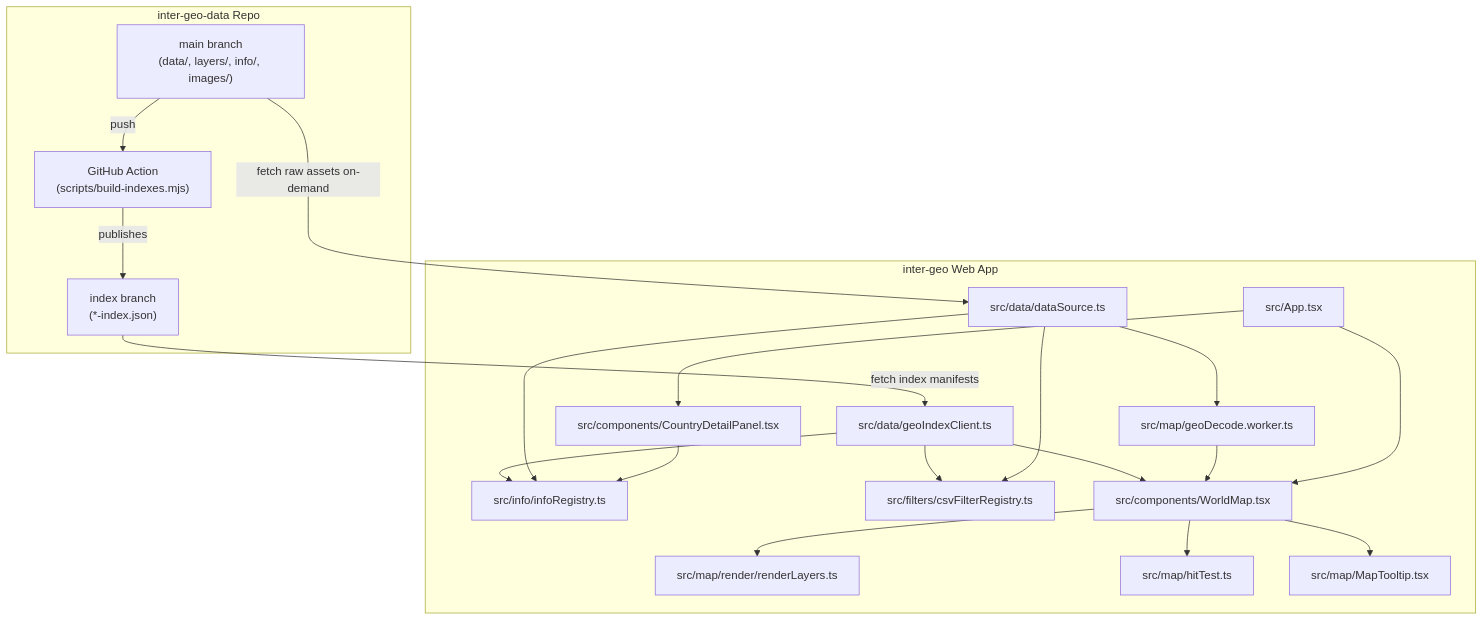
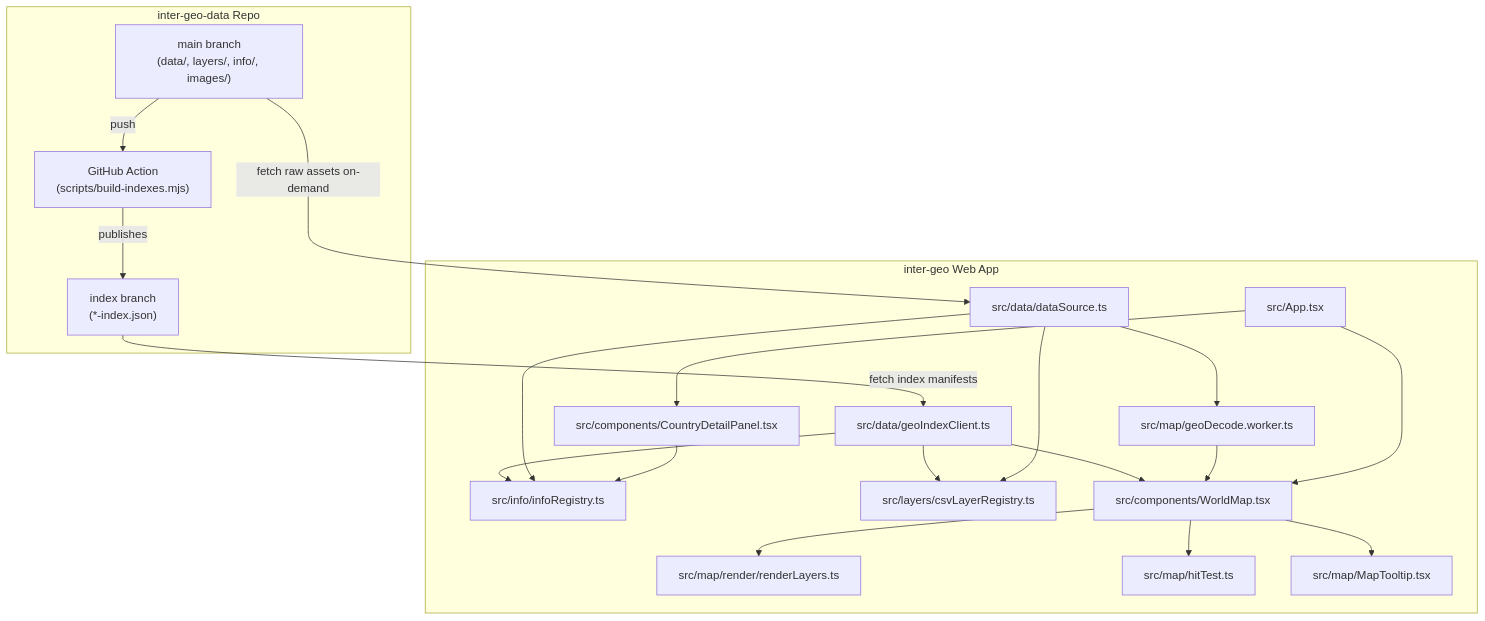
Before and after one commit to harvey-euph/inter-geo: the diagram in docs/agent-onboarding.md, drawn with Mermaid. The commit also changed other lines of this file, not shown here.

Commit message:
docs: update paths for layer terminology

````diff
--- a/docs/agent-onboarding.md
+++ b/docs/agent-onboarding.md
@@ -77,35 +77,35 @@
 ```mermaid
 flowchart TD
   subgraph RemoteData["inter-geo-data Repo"]
     MAIN["main branch\n(data/, layers/, info/, images/)"]
     ACTION["GitHub Action\n(scripts/build-indexes.mjs)"]
     INDEX["index branch\n(*-index.json)"]
     MAIN -->|push| ACTION
     ACTION -->|publishes| INDEX
   end
 
   subgraph FrontendApp["inter-geo Web App"]
     CLIENT["src/data/geoIndexClient.ts"]
     SOURCE["src/data/dataSource.ts"]
     
     INDEX -->|fetch index manifests| CLIENT
     MAIN -->|fetch raw assets on-demand| SOURCE
 
     CLIENT --> INFOREG["src/info/infoRegistry.ts"]
-    CLIENT --> CSVREG["src/filters/csvFilterRegistry.ts"]
+    CLIENT --> CSVREG["src/layers/csvLayerRegistry.ts"]
     CLIENT --> MAP["src/components/WorldMap.tsx"]
 
     SOURCE --> INFOREG
     SOURCE --> CSVREG
     SOURCE --> WORKER["src/map/geoDecode.worker.ts"]
     WORKER --> MAP
 
     MAP --> DRAW["src/map/render/renderLayers.ts"]
     MAP --> HIT["src/map/hitTest.ts"]
     MAP --> TOOLTIP["src/map/MapTooltip.tsx"]
     
     APP["src/App.tsx"] --> MAP
     APP --> PANEL["src/components/CountryDetailPanel.tsx"]
     PANEL --> INFOREG
   end
 ```
````
